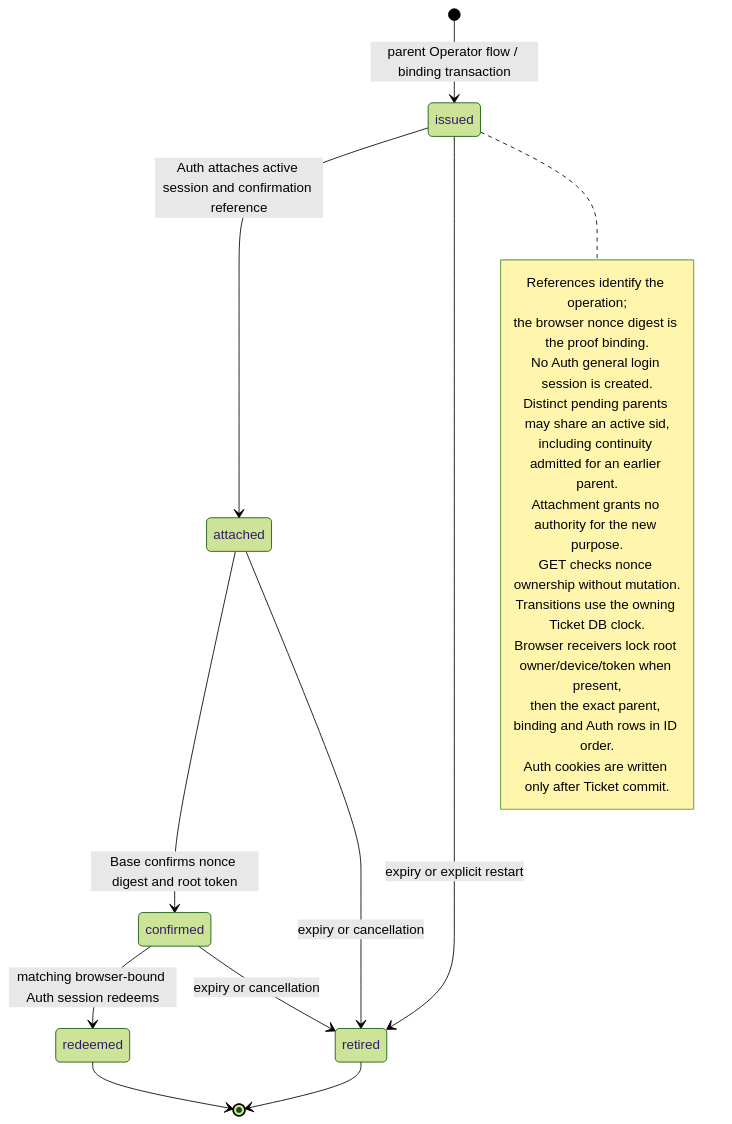
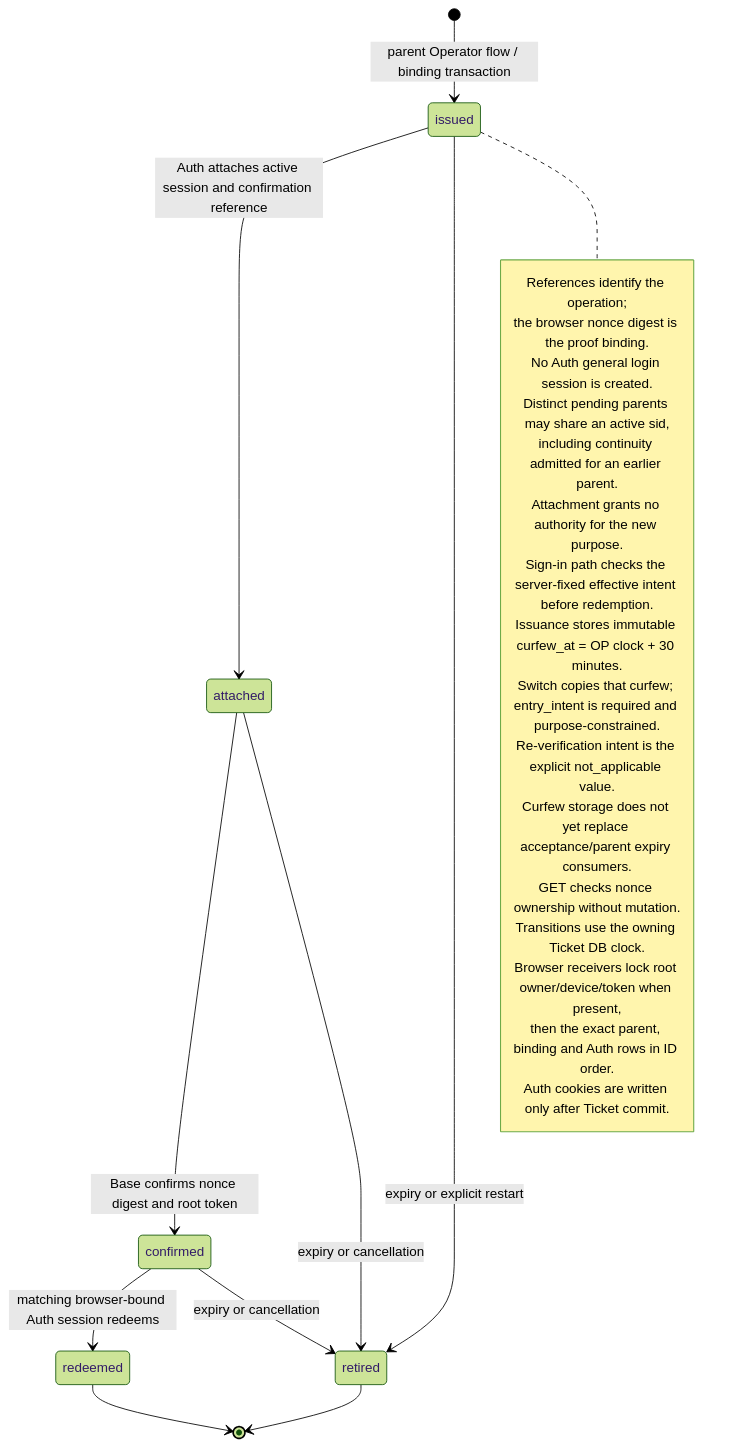
One commit to seahal/umaxica-apps-jit-global changed the diagram in docs/mermaid/idp-operator-auth-admission-binding.mmd. Above: the diagram before and after it, drawn with Mermaid (forest theme). The commit also changed 1362 other files, not shown here.

```diff
--- a/docs/mermaid/idp-operator-auth-admission-binding.mmd
+++ b/docs/mermaid/idp-operator-auth-admission-binding.mmd
@@ -1,24 +1,29 @@
 stateDiagram-v2
     %% Realm-specific rendering of the shared D-82 Base/Auth admission contract.
     [*] --> issued: parent Operator flow / binding transaction
     issued --> attached: Auth attaches active session and confirmation reference
     issued --> retired: expiry or explicit restart
     attached --> confirmed: Base confirms nonce digest and root token
     attached --> retired: expiry or cancellation
     confirmed --> redeemed: matching browser-bound Auth session redeems
     confirmed --> retired: expiry or cancellation
     redeemed --> [*]
     retired --> [*]
     note right of issued
         References identify the operation;
         the browser nonce digest is the proof binding.
         No Auth general login session is created.
         Distinct pending parents may share an active sid,
         including continuity admitted for an earlier parent.
         Attachment grants no authority for the new purpose.
+        Sign-in path checks the server-fixed effective intent before redemption.
+        Issuance stores immutable curfew_at = OP clock + 30 minutes.
+        Switch copies that curfew; entry_intent is required and purpose-constrained.
+        Re-verification intent is the explicit not_applicable value.
+        Curfew storage does not yet replace acceptance/parent expiry consumers.
         GET checks nonce ownership without mutation.
         Transitions use the owning Ticket DB clock.
         Browser receivers lock root owner/device/token when present,
         then the exact parent, binding and Auth rows in ID order.
         Auth cookies are written only after Ticket commit.
     end note
```
